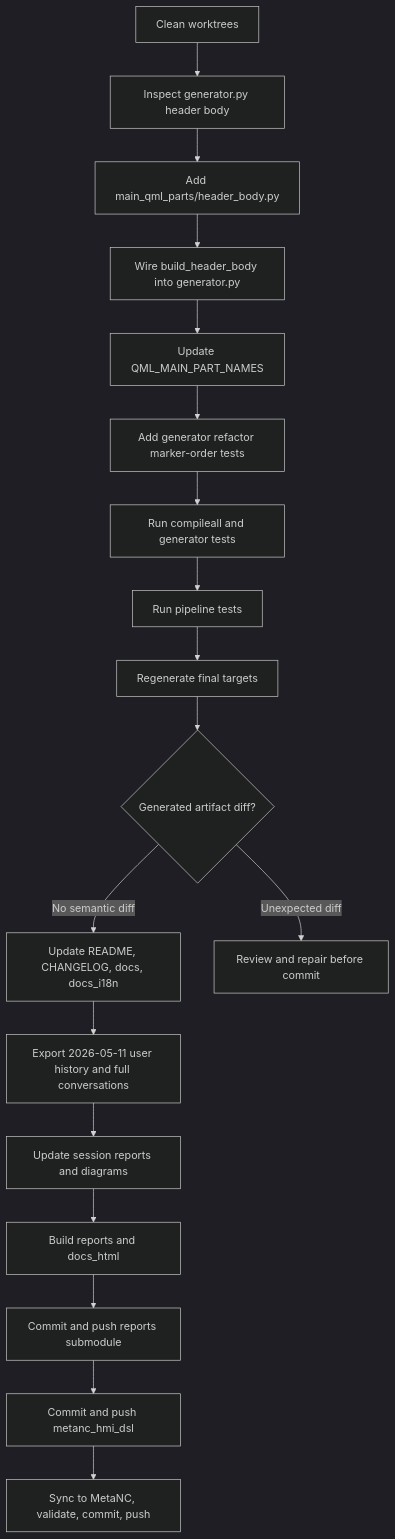
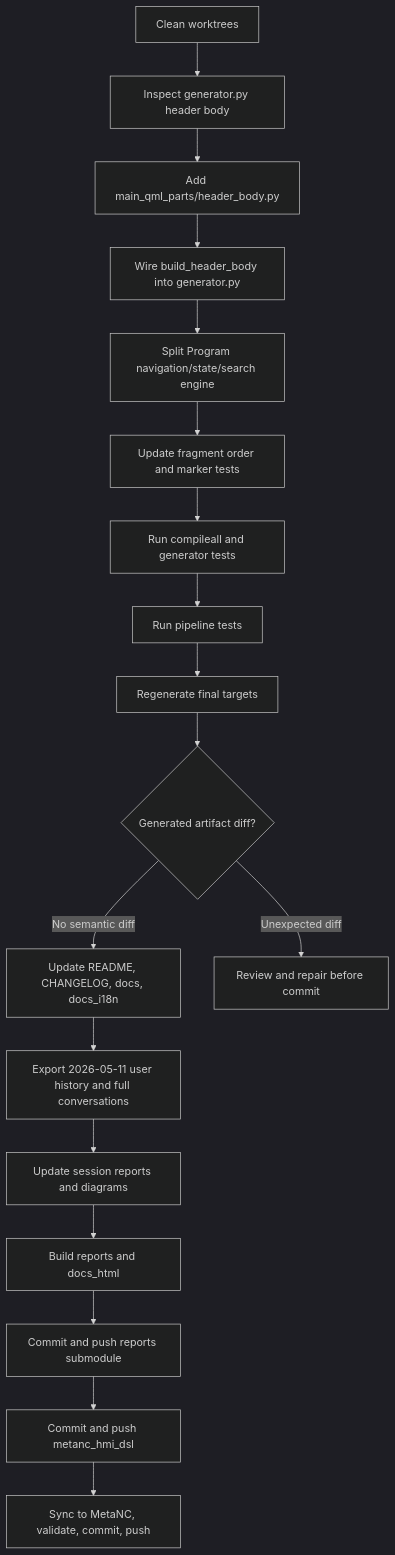
The diagram in 2026-05-11-codex-session/workflow-diagram.md (luppiterw/metanc_hmi_dsl_reports), drawn with Mermaid (dark theme) before and after one commit. The commit also changed 15 other files, not shown here.

Commit message:
docs: refresh 2026-05-11 QML program search report

````diff
--- a/2026-05-11-codex-session/workflow-diagram.md
+++ b/2026-05-11-codex-session/workflow-diagram.md
@@ -3,20 +3,20 @@
 ```mermaid
 flowchart TD
     A[Clean worktrees] --> B[Inspect generator.py header body]
     B --> C[Add main_qml_parts/header_body.py]
     C --> D[Wire build_header_body into generator.py]
-    D --> E[Update QML_MAIN_PART_NAMES]
-    E --> F[Add generator refactor marker-order tests]
+    D --> E[Split Program navigation/state/search engine]
+    E --> F[Update fragment order and marker tests]
     F --> G[Run compileall and generator tests]
     G --> H[Run pipeline tests]
     H --> I[Regenerate final targets]
     I --> J{Generated artifact diff?}
     J -->|No semantic diff| K[Update README, CHANGELOG, docs, docs_i18n]
     J -->|Unexpected diff| R[Review and repair before commit]
     K --> L[Export 2026-05-11 user history and full conversations]
     L --> M[Update session reports and diagrams]
     M --> N[Build reports and docs_html]
     N --> O[Commit and push reports submodule]
     O --> P[Commit and push metanc_hmi_dsl]
     P --> Q[Sync to MetaNC, validate, commit, push]
 ```
````
